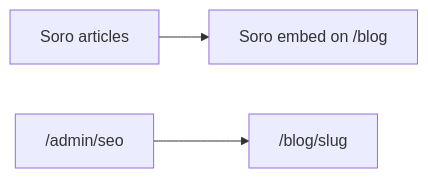
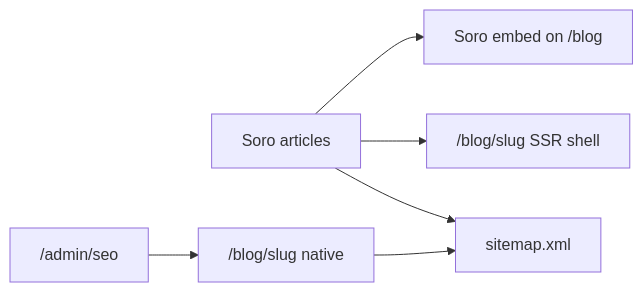
The diagram in docs/sales/soro-seo.md (madnikhan/hostora), drawn with Mermaid before and after one commit. The commit also changed other lines of this file and 2 other files, not shown here.

First line of the commit message:
Index Soro articles via sitemap and /blog/[slug] SSR shells.

````diff
--- a/docs/sales/soro-seo.md
+++ b/docs/sales/soro-seo.md
@@ -16,10 +17,15 @@
 ```mermaid
 flowchart LR
   soroUI[Soro articles]
   embed[Soro embed on /blog]
+  slug["/blog/slug SSR shell"]
+  sitemap[sitemap.xml]
   admin["/admin/seo"]
-  slug["/blog/slug"]
+  native["/blog/slug native"]
 
   soroUI --> embed
-  admin --> slug
+  soroUI --> slug
+  soroUI --> sitemap
+  admin --> native
+  native --> sitemap
 ```
````
